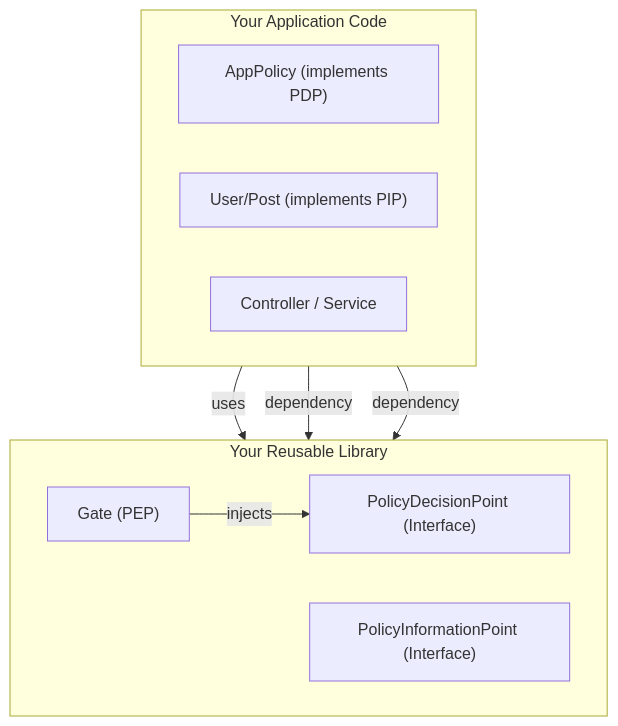
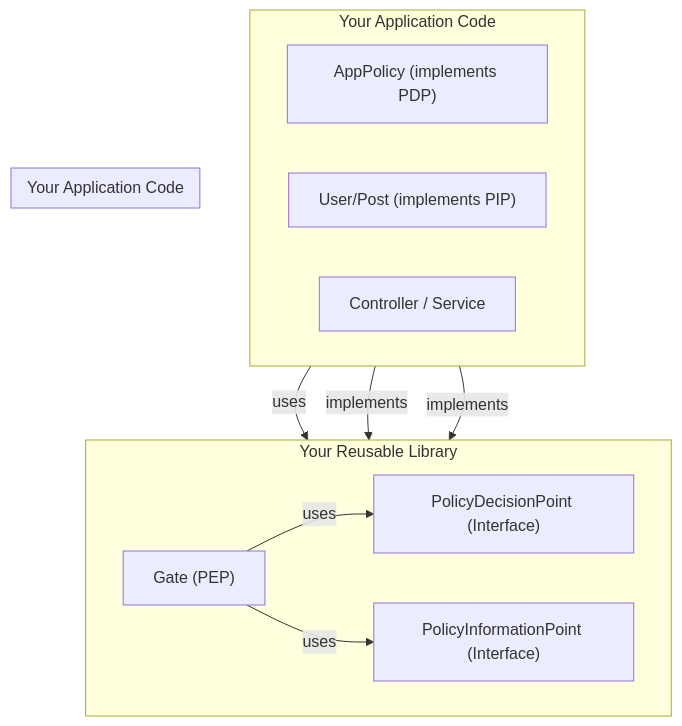
The sixth of 6 diagrams in PLAN.md (mnaatjes/php-abac-auth), drawn with Mermaid before and after one commit. The commit also changed other lines of this file and 13 other files, not shown here.

Commit message:
further documentation and test implementation. focus on traits and schema validation next

````diff
--- a/PLAN.md
+++ b/PLAN.md
@@ -402,21 +656,28 @@
 ```mermaid
 graph TD
     subgraph "Your Application Code"
         direction LR
         AppPDP["AppPolicy (implements PDP)"]
         AppPIP["User/Post (implements PIP)"]
         AppCode["Controller / Service"]
     end
 
     subgraph "Your Reusable Library"
         direction LR
         LibGate["Gate (PEP)"]
         LibPDP["PolicyDecisionPoint (Interface)"]
         LibPIP["PolicyInformationPoint (Interface)"]
     end
 
+    subgraph "Your Application Code"
+        AppCode["Controller / Service"]
+        AppPDP["AppPolicy (implements PDP)"]
+        AppPIP["User/Post (implements PIP)"]
+    end
+
     AppCode -- uses --> LibGate
-    LibGate -- injects --> LibPDP
-    AppPDP -- dependency --> LibPDP
-    AppPIP -- dependency --> LibPIP
+    LibGate -- uses --> LibPDP
+    LibGate -- uses --> LibPIP
+    AppPDP -- implements --> LibPDP
+    AppPIP -- implements --> LibPIP
 ```
````
